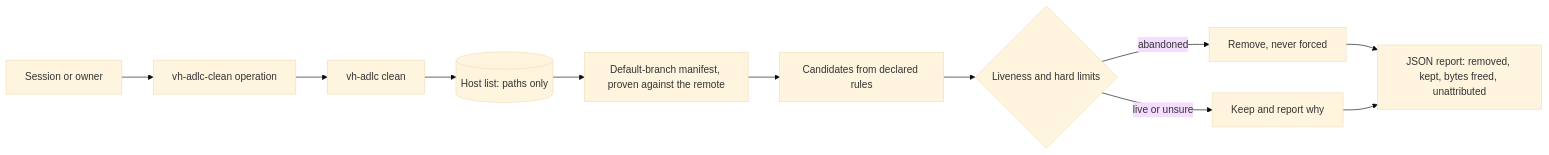
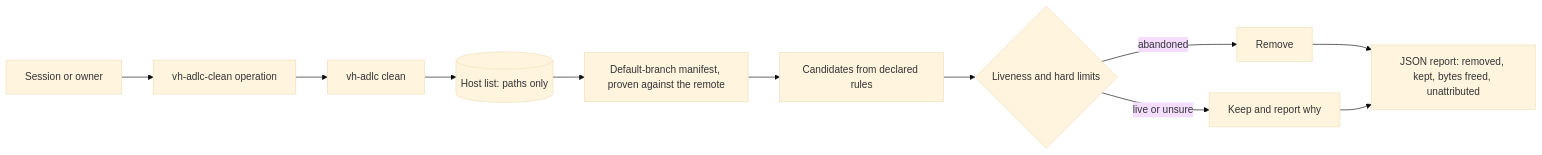
The diagram in docs/specs/host-cleanup.md (michielvha/vh-adlc), drawn with Mermaid (base theme) before and after one commit. The commit also changed other lines of this file and 1 other file, not shown here.

````diff
--- a/docs/specs/host-cleanup.md
+++ b/docs/specs/host-cleanup.md
@@ -213,13 +226,13 @@
 ```mermaid
 flowchart LR
   S[Session or owner] --> K[vh-adlc-clean operation]
   K --> C[vh-adlc clean]
   C --> H[(Host list: paths only)]
   H --> V[Default-branch manifest, proven against the remote]
   V --> P[Candidates from declared rules]
   P --> L{Liveness and hard limits}
-  L -- abandoned --> X[Remove, never forced]
+  L -- abandoned --> X[Remove]
   L -- live or unsure --> Y[Keep and report why]
   X --> O[JSON report: removed, kept, bytes freed, unattributed]
   Y --> O
 ```
````
